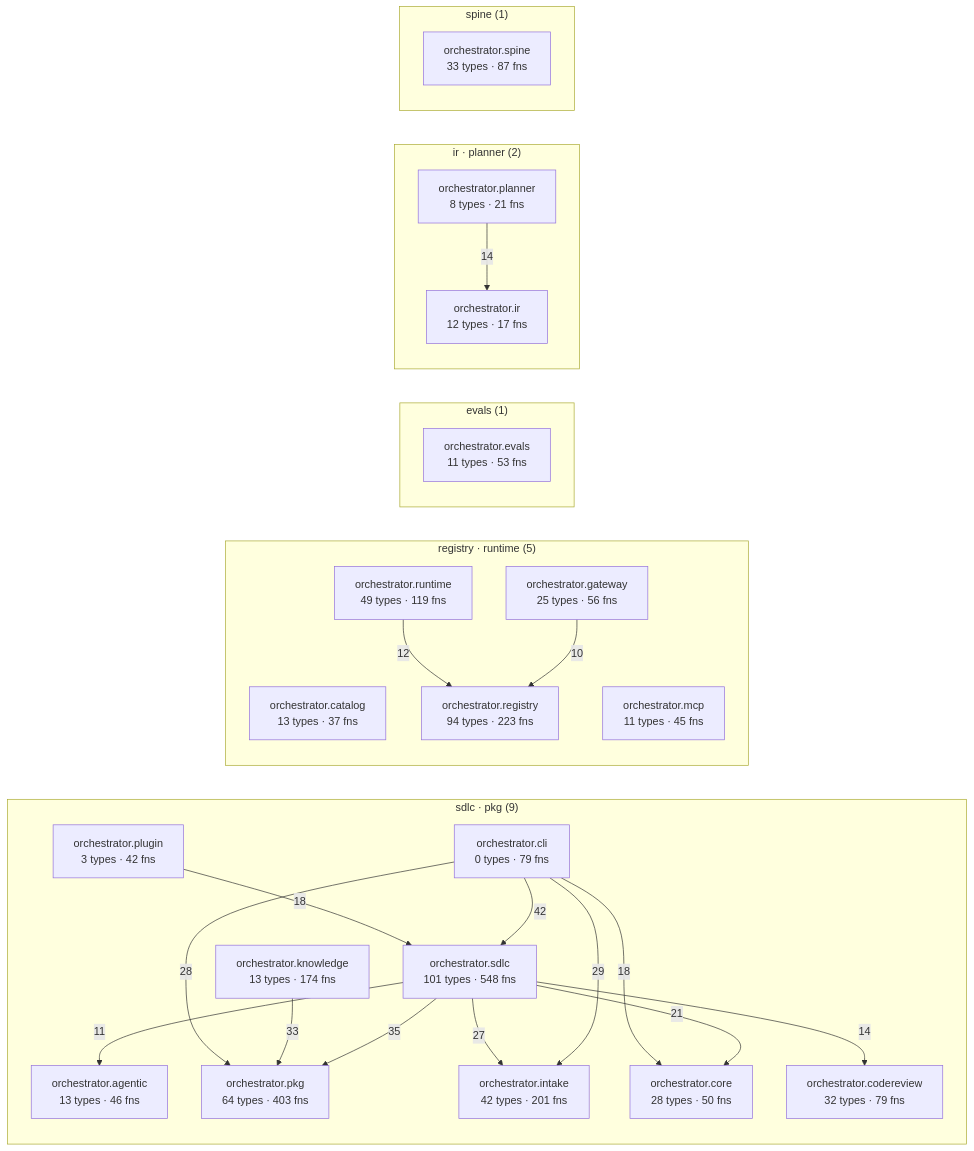
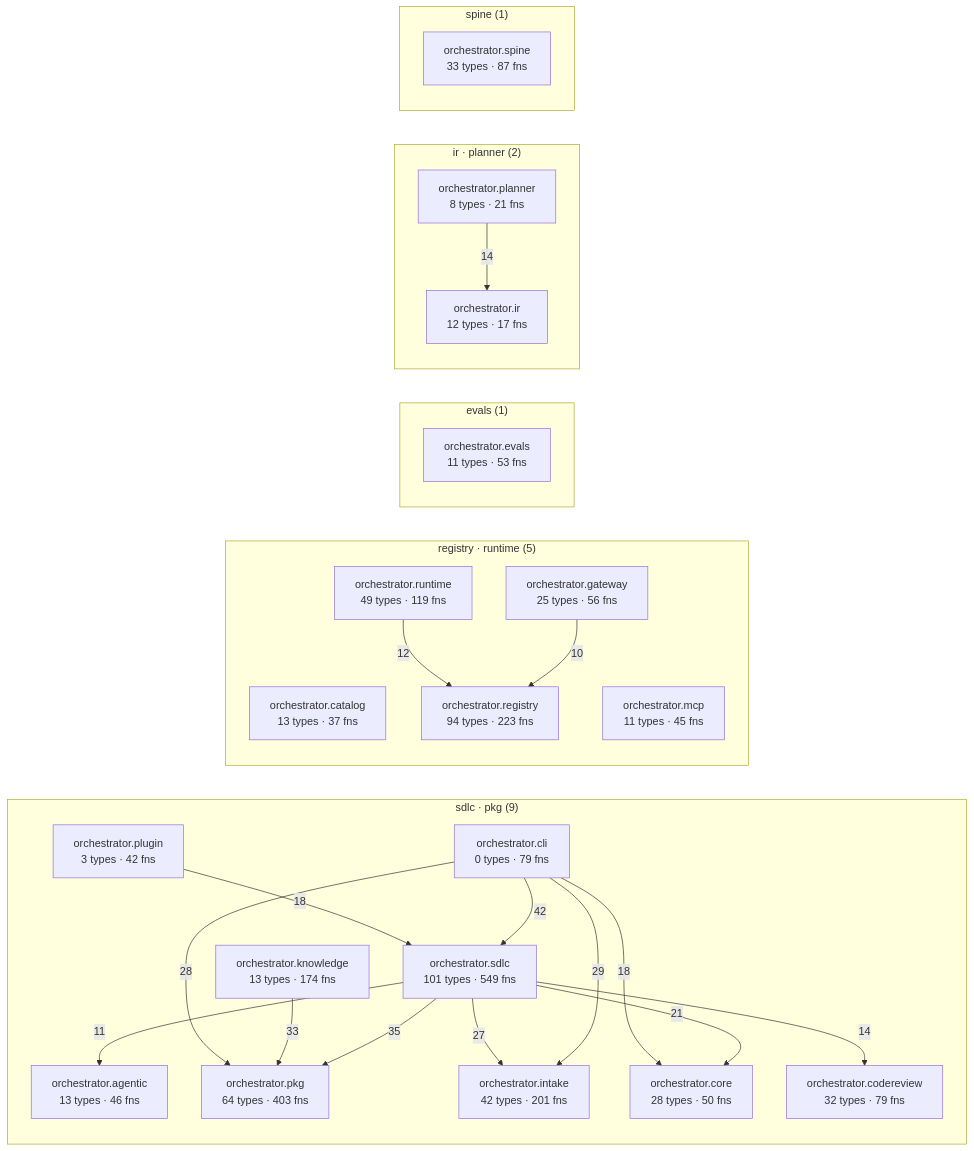
Before and after one commit to synaptixs/spine: the diagram in episteme/architecture.md, drawn with Mermaid. The commit also changed other lines of this file and 5 other files, not shown here.

````diff
--- a/episteme/architecture.md
+++ b/episteme/architecture.md
@@ -54,45 +54,45 @@
 ```mermaid
 flowchart LR
   subgraph c_1["sdlc · pkg (9)"]
     aorchestratoragentic["orchestrator.agentic<br/>13 types · 46 fns"]
     aorchestratorcli["orchestrator.cli<br/>0 types · 79 fns"]
     aorchestratorcodereview["orchestrator.codereview<br/>32 types · 79 fns"]
     aorchestratorcore["orchestrator.core<br/>28 types · 50 fns"]
     aorchestratorintake["orchestrator.intake<br/>42 types · 201 fns"]
     aorchestratorknowledge["orchestrator.knowledge<br/>13 types · 174 fns"]
     aorchestratorpkg["orchestrator.pkg<br/>64 types · 403 fns"]
     aorchestratorplugin["orchestrator.plugin<br/>3 types · 42 fns"]
-    aorchestratorsdlc["orchestrator.sdlc<br/>101 types · 548 fns"]
+    aorchestratorsdlc["orchestrator.sdlc<br/>101 types · 549 fns"]
   end
   subgraph c_3["registry · runtime (5)"]
     aorchestratorcatalog["orchestrator.catalog<br/>13 types · 37 fns"]
     aorchestratorgateway["orchestrator.gateway<br/>25 types · 56 fns"]
     aorchestratormcp["orchestrator.mcp<br/>11 types · 45 fns"]
     aorchestratorregistry["orchestrator.registry<br/>94 types · 223 fns"]
     aorchestratorruntime["orchestrator.runtime<br/>49 types · 119 fns"]
   end
   subgraph c_5["evals (1)"]
     aorchestratorevals["orchestrator.evals<br/>11 types · 53 fns"]
   end
   subgraph c_7["ir · planner (2)"]
     aorchestratorir["orchestrator.ir<br/>12 types · 17 fns"]
     aorchestratorplanner["orchestrator.planner<br/>8 types · 21 fns"]
   end
   subgraph c_10["spine (1)"]
     aorchestratorspine["orchestrator.spine<br/>33 types · 87 fns"]
   end
   aorchestratorcli -->|42| aorchestratorsdlc
   aorchestratorsdlc -->|35| aorchestratorpkg
   aorchestratorknowledge -->|33| aorchestratorpkg
   aorchestratorcli -->|29| aorchestratorintake
   aorchestratorcli -->|28| aorchestratorpkg
   aorchestratorsdlc -->|27| aorchestratorintake
   aorchestratorsdlc -->|21| aorchestratorcore
   aorchestratorcli -->|18| aorchestratorcore
   aorchestratorplugin -->|18| aorchestratorsdlc
   aorchestratorplanner -->|14| aorchestratorir
   aorchestratorsdlc -->|14| aorchestratorcodereview
   aorchestratorruntime -->|12| aorchestratorregistry
   aorchestratorsdlc -->|11| aorchestratoragentic
   aorchestratorgateway -->|10| aorchestratorregistry
 ```
````
